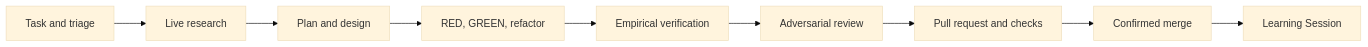
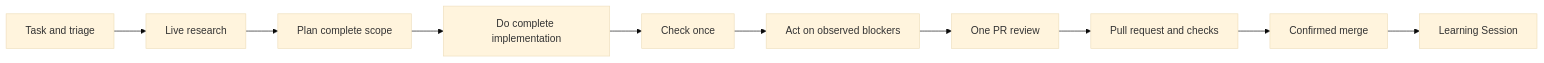
One commit to ShaftHQ/SHAFT_ENGINE changed the first of 3 diagrams in chaos-engine/README.md. Above: the diagram before and after it, drawn with Mermaid (base theme). The commit also changed other lines of this file and 17 other files, not shown here.

````diff
--- a/chaos-engine/README.md
+++ b/chaos-engine/README.md
@@ -48,13 +48,14 @@
 ```mermaid
 flowchart LR
     accTitle: ChaosEngine delivery loop
-    accDescr: A task moves from triage and live research through planning, a test-driven change, independent review, verified delivery, and one durable learning decision.
+    accDescr: A task moves through Plan, Do, Check, Act, delivery, and one durable learning decision without microstep loops.
     T[Task and triage] --> R[Live research]
-    R --> P[Plan and design]
-    P --> D[RED, GREEN, refactor]
-    D --> V[Empirical verification]
-    V --> A[Adversarial review]
-    A --> G[Pull request and checks]
+    R --> P[Plan complete scope]
+    P --> D[Do complete implementation]
+    D --> V[Check once]
+    V --> A[Act on observed blockers]
+    A --> X[One PR review]
+    X --> G[Pull request and checks]
     G --> M[Confirmed merge]
     M --> L[Learning Session]
 ```
````
